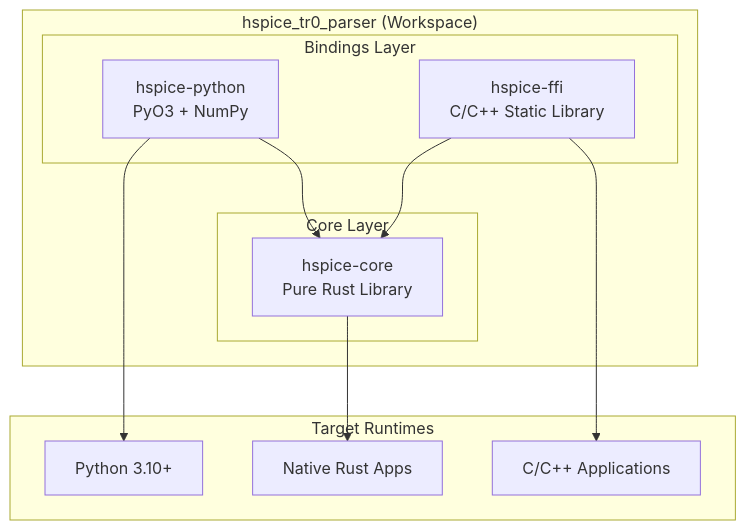
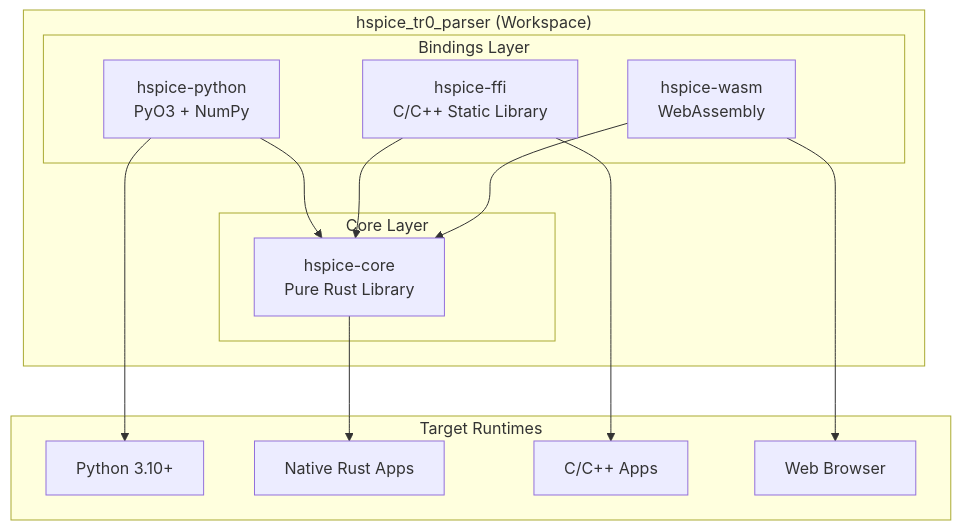
One commit to HaiwenZhang/hspice_tr0_parser changed the first of 2 diagrams in docs/ARCHITECTURE.md. Above: the diagram before and after it, drawn with Mermaid. The commit also changed other lines of this file and 25 other files, not shown here.

````diff
--- a/docs/ARCHITECTURE.md
+++ b/docs/ARCHITECTURE.md
@@ -5,26 +5,30 @@
 ```mermaid
 graph TB
     subgraph Workspace["hspice_tr0_parser (Workspace)"]
         subgraph Core["Core Layer"]
             HspiceCore["hspice-core<br/>Pure Rust Library"]
         end
 
         subgraph Bindings["Bindings Layer"]
             Python["hspice-python<br/>PyO3 + NumPy"]
             FFI["hspice-ffi<br/>C/C++ Static Library"]
+            WASM["hspice-wasm<br/>WebAssembly"]
         end
     end
 
     Python --> HspiceCore
     FFI --> HspiceCore
+    WASM --> HspiceCore
 
     subgraph Targets["Target Runtimes"]
         PyRuntime["Python 3.10+"]
         RustApp["Native Rust Apps"]
-        CApp["C/C++ Applications"]
+        CApp["C/C++ Apps"]
+        Browser["Web Browser"]
     end
 
     Python --> PyRuntime
     HspiceCore --> RustApp
     FFI --> CApp
+    WASM --> Browser
 ```
````
